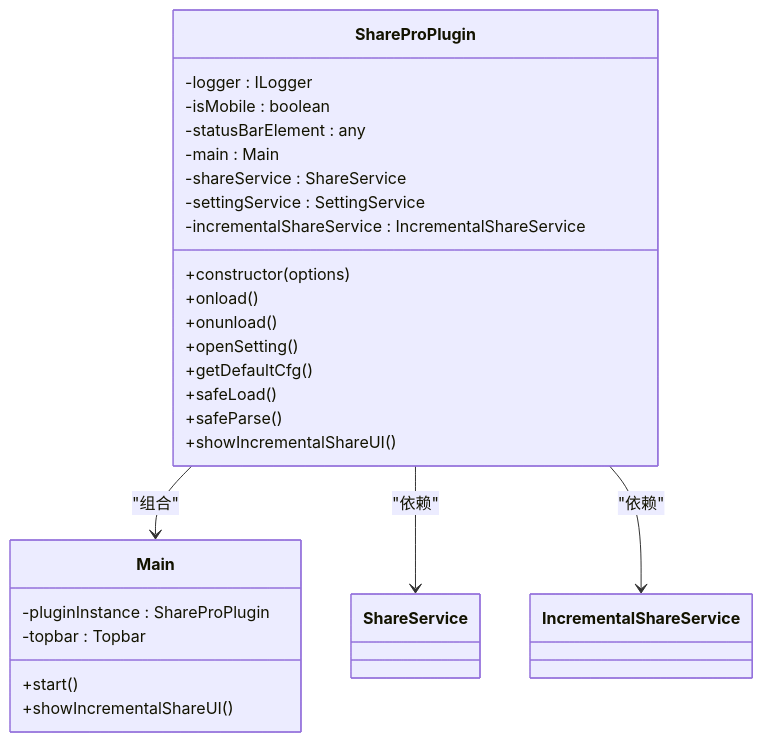
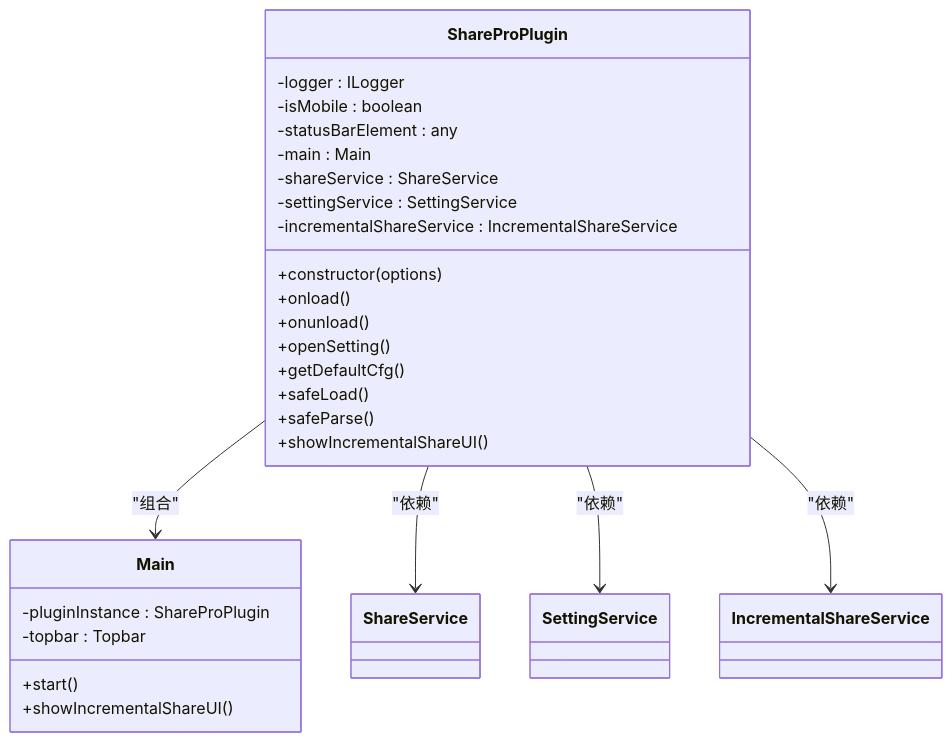
Before and after one commit to terwerinc/siyuan-plugin-share-pro: the second of 10 diagrams in .qoder/repowiki/zh/content/核心功能/自定义存储系统.md, drawn with Mermaid. The commit also changed other lines of this file and 6 other files, not shown here.

````diff
--- a/.qoder/repowiki/zh/content/核心功能/自定义存储系统.md
+++ b/.qoder/repowiki/zh/content/核心功能/自定义存储系统.md
@@ -83,29 +107,30 @@
 ```mermaid
 classDiagram
 class ShareProPlugin {
 -logger : ILogger
 -isMobile : boolean
 -statusBarElement : any
 -main : Main
 -shareService : ShareService
 -settingService : SettingService
 -incrementalShareService : IncrementalShareService
 +constructor(options)
 +onload()
 +onunload()
 +openSetting()
 +getDefaultCfg()
 +safeLoad()
 +safeParse()
 +showIncrementalShareUI()
 }
 class Main {
 -pluginInstance : ShareProPlugin
 -topbar : Topbar
 +start()
 +showIncrementalShareUI()
 }
 ShareProPlugin --> Main : "组合"
 ShareProPlugin --> ShareService : "依赖"
+ShareProPlugin --> SettingService : "依赖"
 ShareProPlugin --> IncrementalShareService : "依赖"
 ```
````
